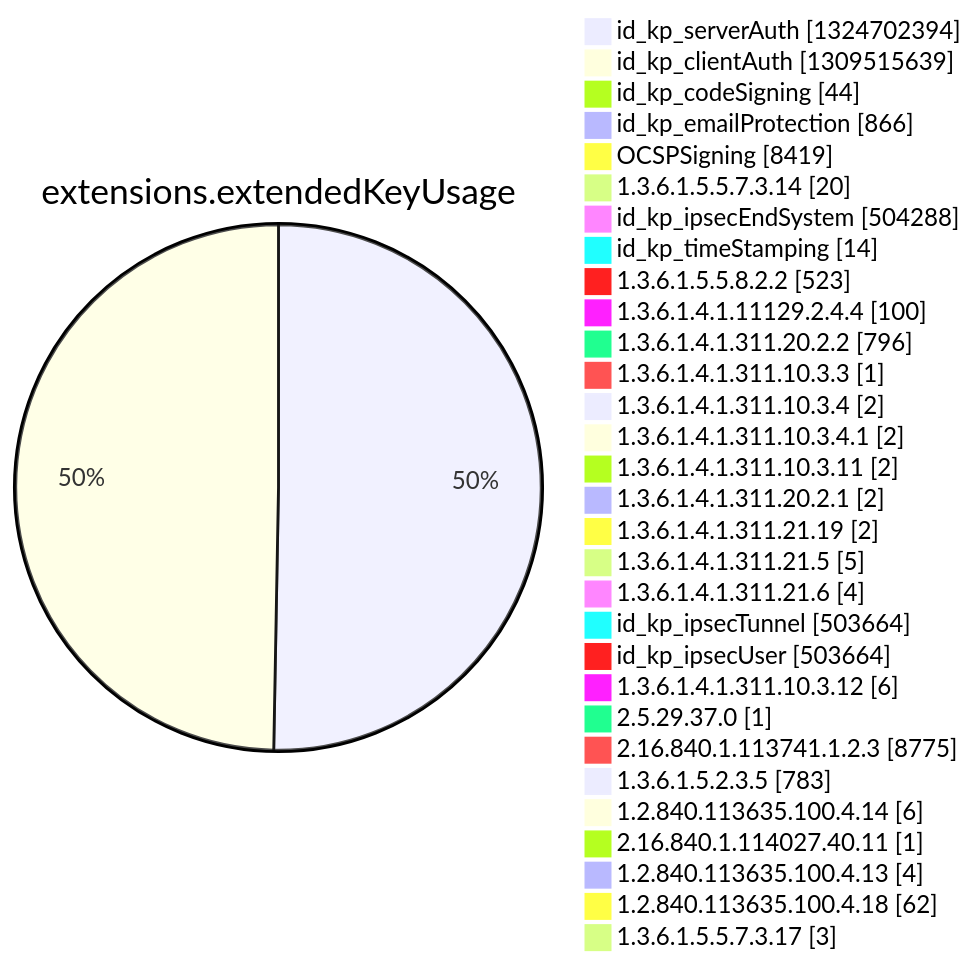
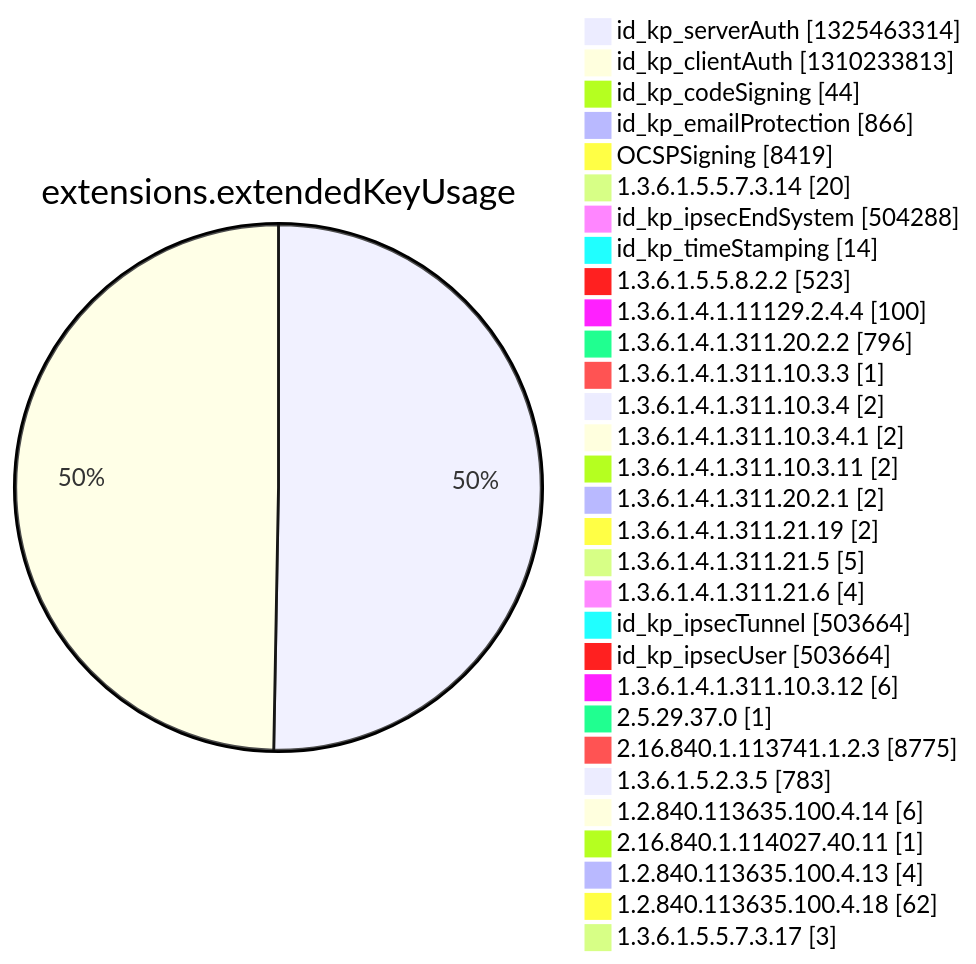
Diagram 12 of 15 in argon2022/README.md (christiankrug/ctmonitor_visualization), drawn with Mermaid before and after one commit. The commit also changed other lines of this file, not shown here.

````diff
--- a/argon2022/README.md
+++ b/argon2022/README.md
@@ -3553,34 +3553,34 @@
 ```mermaid
 pie showData
 title extensions.extendedKeyUsage
-"id_kp_serverAuth" :1324702394
-"id_kp_clientAuth" :1309515639
+"id_kp_serverAuth" :1325463314
+"id_kp_clientAuth" :1310233813
 "id_kp_codeSigning" :44
 "id_kp_emailProtection" :866
 "OCSPSigning" :8419
 "1.3.6.1.5.5.7.3.14" :20
 "id_kp_ipsecEndSystem" :504288
 "id_kp_timeStamping" :14
 "1.3.6.1.5.5.8.2.2" :523
 "1.3.6.1.4.1.11129.2.4.4" :100
 "1.3.6.1.4.1.311.20.2.2" :796
 "1.3.6.1.4.1.311.10.3.3" :1
 "1.3.6.1.4.1.311.10.3.4" :2
 "1.3.6.1.4.1.311.10.3.4.1" :2
 "1.3.6.1.4.1.311.10.3.11" :2
 "1.3.6.1.4.1.311.20.2.1" :2
 "1.3.6.1.4.1.311.21.19" :2
 "1.3.6.1.4.1.311.21.5" :5
 "1.3.6.1.4.1.311.21.6" :4
 "id_kp_ipsecTunnel" :503664
 "id_kp_ipsecUser" :503664
 "1.3.6.1.4.1.311.10.3.12" :6
 "2.5.29.37.0" :1
 "2.16.840.1.113741.1.2.3" :8775
 "1.3.6.1.5.2.3.5" :783
 "1.2.840.113635.100.4.14" :6
 "2.16.840.1.114027.40.11" :1
 "1.2.840.113635.100.4.13" :4
 "1.2.840.113635.100.4.18" :62
 "1.3.6.1.5.5.7.3.17" :3
 ```
````
